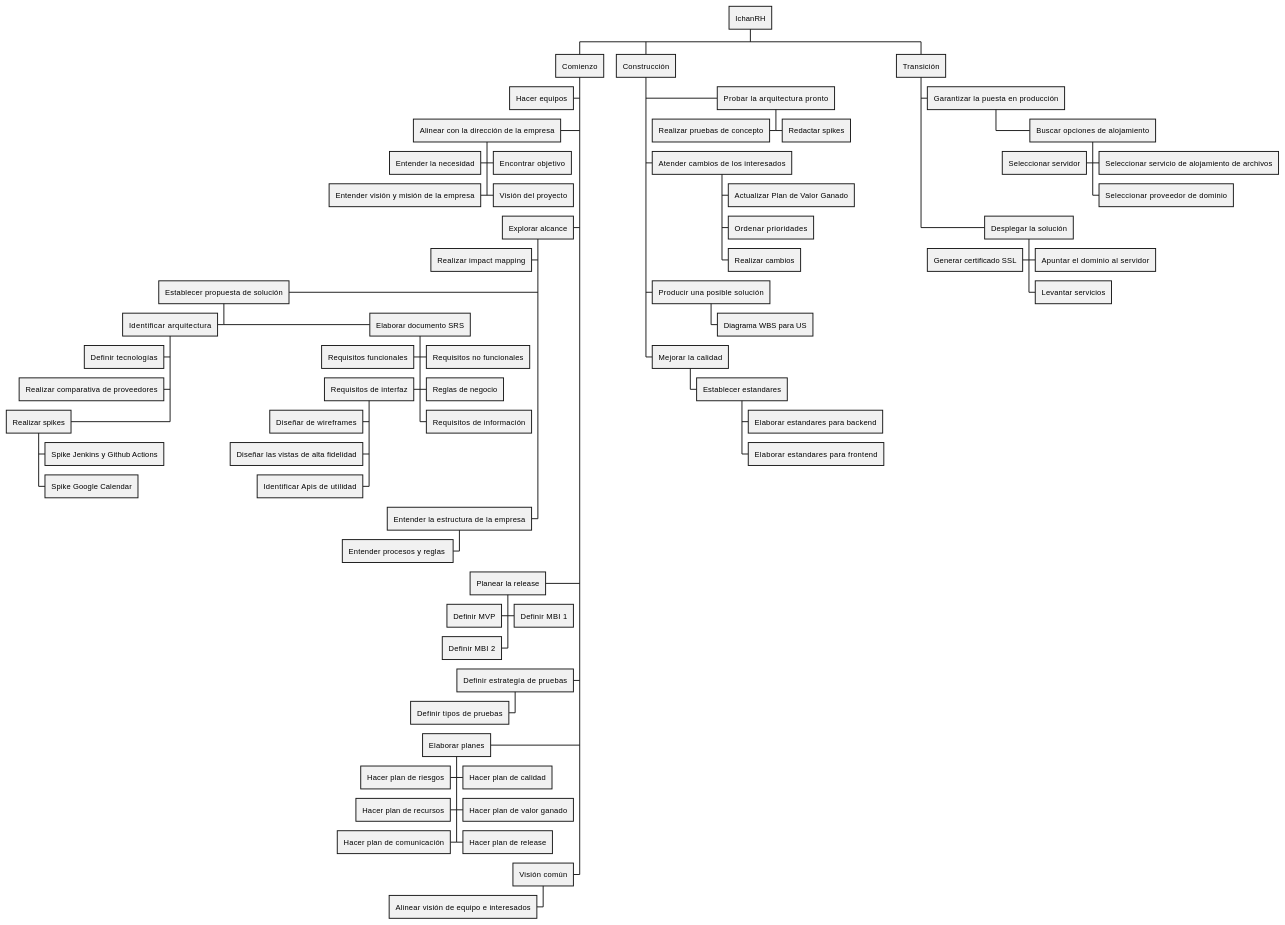
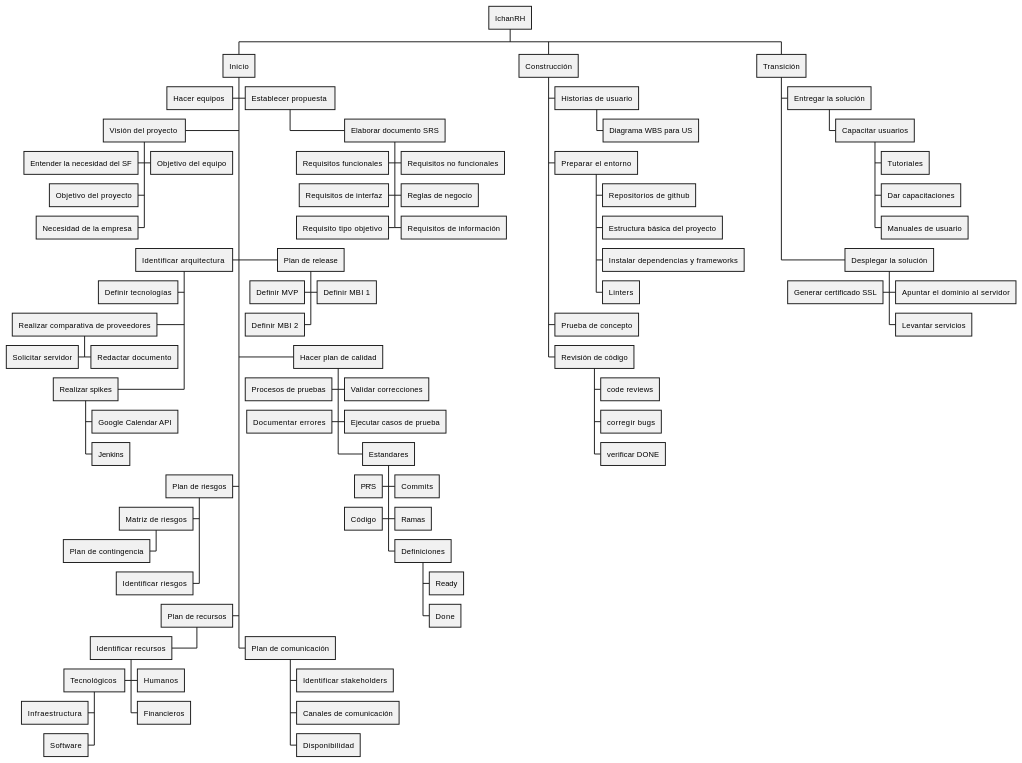
The diagram in docs/Aztlan/Nuestros Proyectos/Ichan-RCHQ/Artefactos/WBSProyecto.md (AztlanConsulting/Wiki), drawn with PlantUML before and after one commit.

Commit message:
Update: cambio de estructura y desglose de entregables en el wbs

```diff
--- a/docs/Aztlan/Nuestros Proyectos/Ichan-RCHQ/Artefactos/WBSProyecto.md
+++ b/docs/Aztlan/Nuestros Proyectos/Ichan-RCHQ/Artefactos/WBSProyecto.md
@@ -13,88 +13,97 @@
 /'-------------------------------------------------------------
 ------------------ FASE DE COMIENZO -------------------------
 --------------------------------------------------------------'/
-** Comienzo
+** Inicio
 '-------------------------------------------------------------
-***< Hacer equipos
+***< Hacer equipos 
 '-------------------------------------------------------------
-***< Alinear con la dirección de la empresa
-****< Entender la necesidad
-****> Encontrar objetivo
-****< Entender visión y misión de la empresa
-****> Visión del proyecto
+***< Visión del proyecto 
+****< Entender la necesidad del SF
+****> Objetivo del equipo
+****< Objetivo del proyecto
+****< Necesidad de la empresa
 '-------------------------------------------------------------
-***< Explorar alcance
-****< Realizar impact mapping
-****< Establecer propuesta de solución
-*****< Identificar arquitectura
-******< Definir tecnologías
-******< Realizar comparativa de proveedores
-******< Realizar spikes
-******* Spike Jenkins y Github Actions
-******* Spike Google Calendar
-***** Elaborar documento SRS
-******< Requisitos funcionales
-******> Requisitos no funcionales
-******< Requisitos de interfaz
-*******< Diseñar de wireframes
-*******< Diseñar las vistas de alta fidelidad
-*******< Identificar Apis de utilidad
-******> Reglas de negocio
-******> Requisitos de información
+***> Establecer propuesta 
+**** Elaborar documento SRS
+*****< Requisitos funcionales
+*****> Requisitos no funcionales
+*****< Requisitos de interfaz
+*****> Reglas de negocio
+*****> Requisitos de información
+*****< Requisito tipo objetivo
 '-------------------------------------------------------------
-****< Entender la estructura de la empresa
-*****< Entender procesos y reglas 
+***< Identificar arquitectura 
+****< Definir tecnologías
+****< Realizar comparativa de proveedores
+*****< Solicitar servidor
+*****> Redactar documento
+****< Realizar spikes
+***** Google Calendar API
+***** Jenkins
 '-------------------------------------------------------------
-***< Planear la release
+***> Plan de release
 ****< Definir MVP
 ****> Definir MBI 1
 ****< Definir MBI 2
 '-------------------------------------------------------------
-***< Definir estrategía de pruebas
-****< Definir tipos de pruebas
-'-------------------------------------------------------------
-***< Elaborar planes
-****< Hacer plan de riesgos
-****> Hacer plan de calidad
-****< Hacer plan de recursos
-****> Hacer plan de valor ganado
-****< Hacer plan de comunicación
-****> Hacer plan de release
-'-------------------------------------------------------------
-***< Visión común
-****< Alinear visión de equipo e interesados
+***< Plan de riesgos
+****< Matriz de riesgos
+*****< Plan de contingencia
+****< Identificar riesgos
+***> Hacer plan de calidad
+****< Procesos de pruebas
+****> Validar correcciones
+****< Documentar errores
+****> Ejecutar casos de prueba
+****> Estandares
+*****> Commits
+*****< PR'S
+*****> Ramas
+*****< Código
+*****> Definiciones
+****** Ready
+****** Done
+***< Plan de recursos
+****< Identificar recursos
+*****> Humanos
+*****< Tecnológicos 
+******< Infraestructura
+******< Software
+***** Financieros
+***> Plan de comunicación
+**** Identificar stakeholders
+**** Canales de comunicación
+**** Disponibilidad
 /'-------------------------------------------------------------
 ------------------ FASE DE CONSTRUCCIÓN -----------------------
 --------------------------------------------------------------'/
 ** Construcción
 '-------------------------------------------------------------
-*** Probar la arquitectura pronto
-****> Redactar spikes
-****< Realizar pruebas de concepto
-'-------------------------------------------------------------
-*** Atender cambios de los interesados
-**** Actualizar Plan de Valor Ganado
-**** Ordenar prioridades
-**** Realizar cambios
-'-------------------------------------------------------------
-*** Producir una posible solución
+*** Historias de usuario
 **** Diagrama WBS para US
-'-------------------------------------------------------------
-*** Mejorar la calidad
-**** Establecer estandares
-***** Elaborar estandares para backend
-***** Elaborar estandares para frontend
+
+*** Preparar el entorno
+**** Repositorios de github
+**** Estructura básica del proyecto
+**** Instalar dependencias y frameworks
+**** Linters
+
+*** Prueba de concepto
+
+*** Revisión de código
+**** code reviews
+**** corregir bugs
+**** verificar DONE
 /'-------------------------------------------------------------
 -------------------- FASE DE TRANSICION -----------------------
 --------------------------------------------------------------'/
 ** Transición
 '-------------------------------------------------------------
-*** Garantizar la puesta en producción
-**** Buscar opciones de alojamiento
-*****< Seleccionar servidor
-*****> Seleccionar servicio de alojamiento de archivos
-***** Seleccionar proveedor de dominio
-
+*** Entregar la solución
+**** Capacitar usuarios
+***** Tutoriales
+***** Dar capacitaciones
+***** Manuales de usuario
 '-------------------------------------------------------------
 *** Desplegar la solución
 ****< Generar certificado SSL
```
